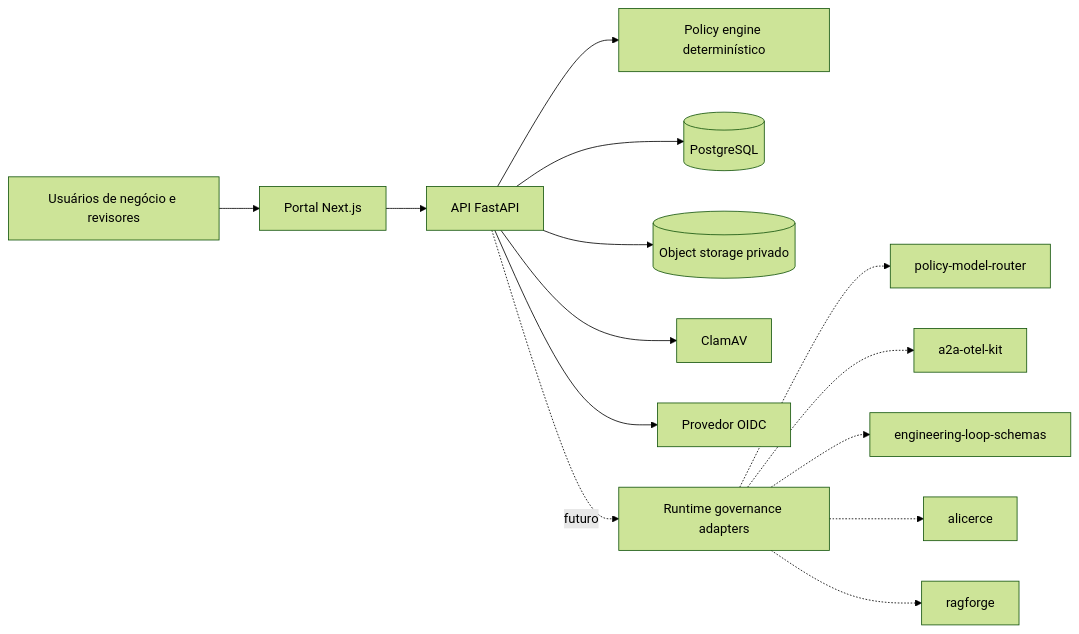
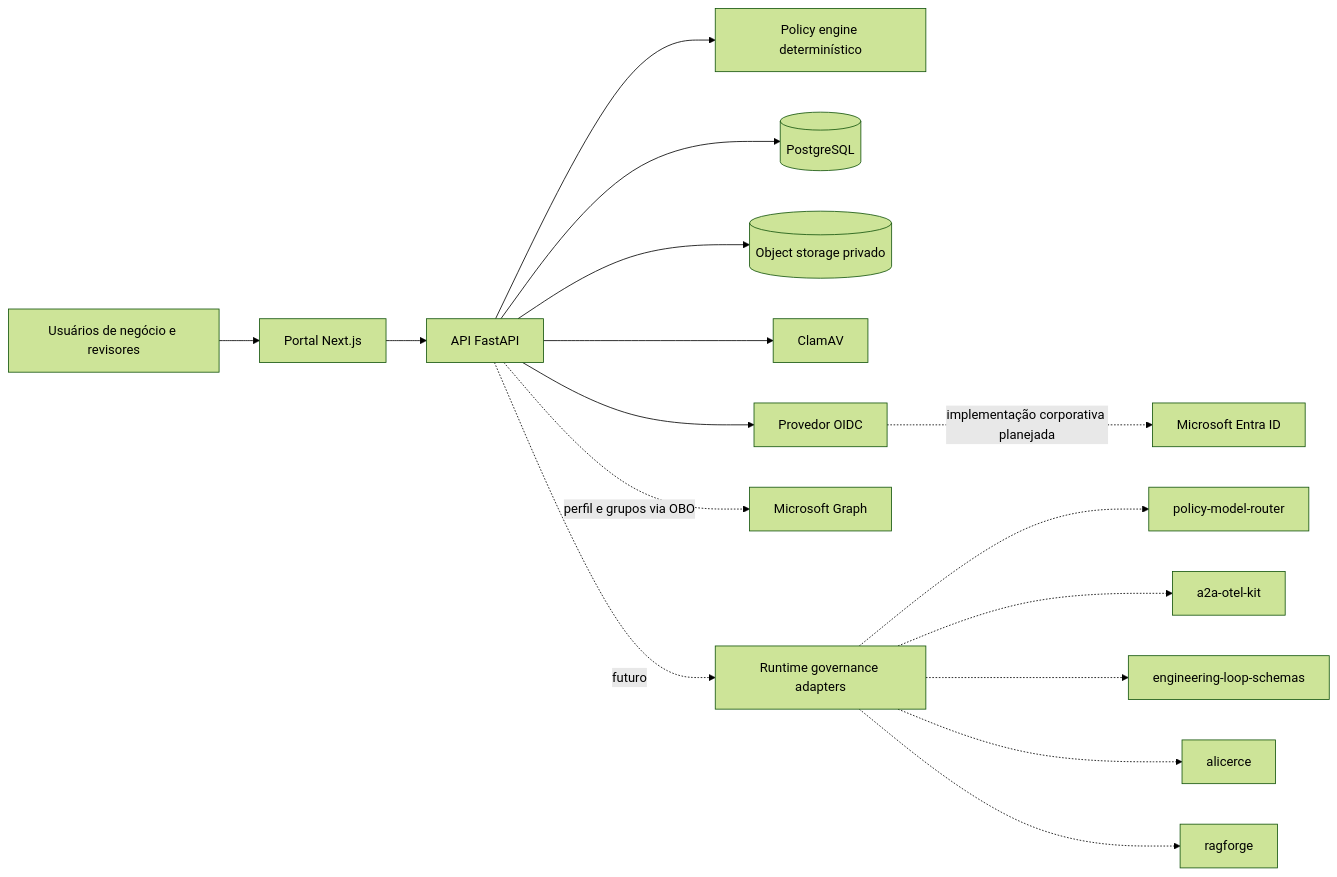
One commit to brunovicco/verifiable-ai-governance changed the first of 3 diagrams in docs/architecture/ARCHITECTURE.md. Above: the diagram before and after it, drawn with Mermaid (forest theme). The commit also changed other lines of this file and 36 other files, not shown here.

````diff
--- a/docs/architecture/ARCHITECTURE.md
+++ b/docs/architecture/ARCHITECTURE.md
@@ -5,16 +5,18 @@
 ```mermaid
 flowchart LR
   U["Usuários de negócio e revisores"] --> W["Portal Next.js"]
   W --> A["API FastAPI"]
   A --> P["Policy engine determinístico"]
   A --> D[(PostgreSQL)]
   A --> S[("Object storage privado")]
   A --> C["ClamAV"]
   A --> O["Provedor OIDC"]
+  O -. "implementação corporativa planejada" .-> E["Microsoft Entra ID"]
+  A -. "perfil e grupos via OBO" .-> G["Microsoft Graph"]
   A -. futuro .-> R["Runtime governance adapters"]
   R -.-> PMR["policy-model-router"]
   R -.-> OTEL["a2a-otel-kit"]
   R -.-> ELS["engineering-loop-schemas"]
   R -.-> ALI["alicerce"]
   R -.-> RAG["ragforge"]
 ```
````
